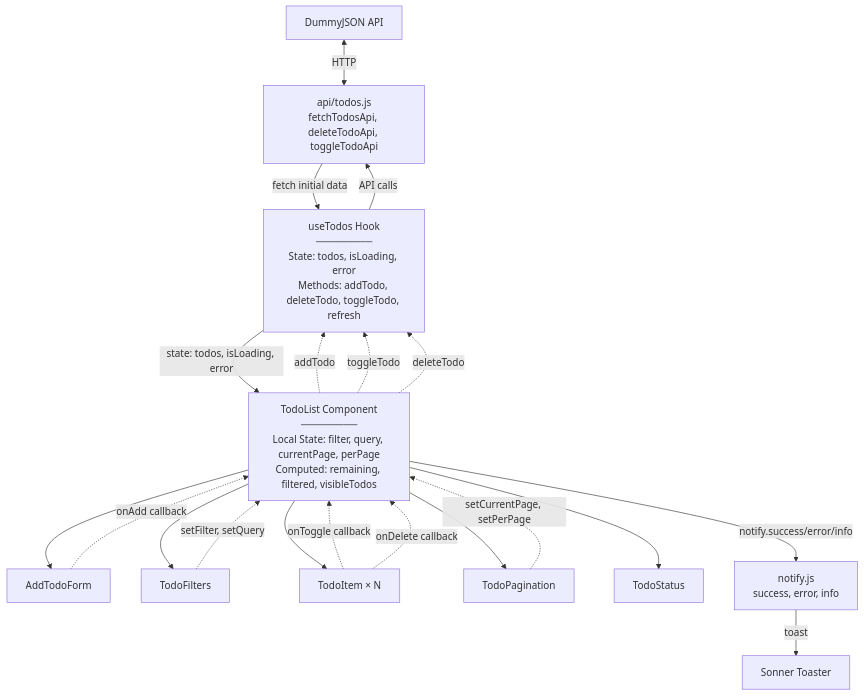
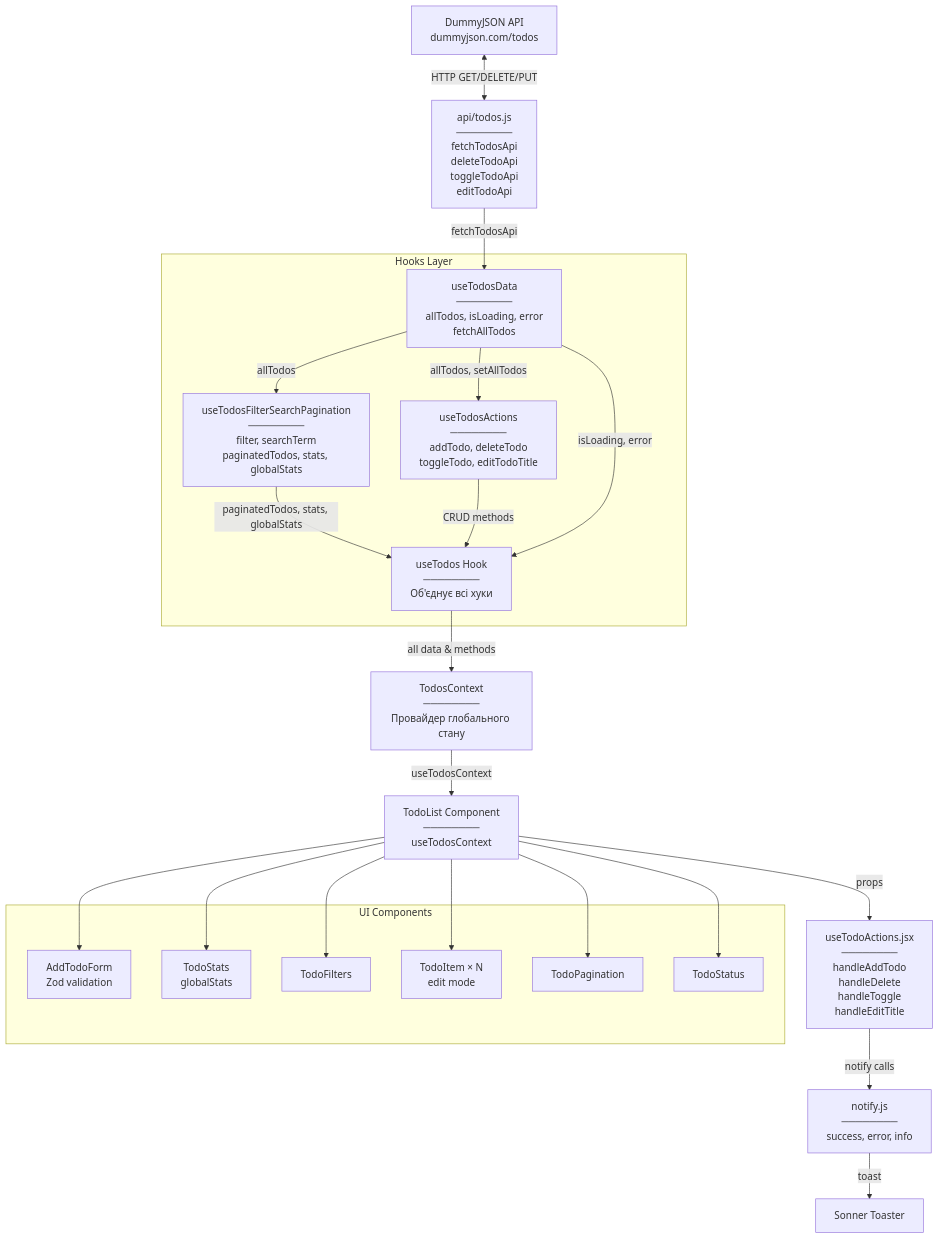
Before and after one commit to Hyptofon/todo_list: the second of 2 diagrams in lab4/README.md, drawn with Mermaid. The commit also changed other lines of this file and 38 other files, not shown here.

````diff
--- a/lab4/README.md
+++ b/lab4/README.md
@@ -90,46 +127,87 @@
 ```mermaid
 flowchart TB
-    DummyJSON[DummyJSON API]
-    TodosAPI[api/todos.js<br/>fetchTodosApi, deleteTodoApi, toggleTodoApi]
+    DummyJSON[DummyJSON API
+dummyjson.com/todos]
+    TodosAPI[api/todos.js
+────────
+fetchTodosApi
+deleteTodoApi
+toggleTodoApi
+editTodoApi]
     
-    useTodos[useTodos Hook<br/>────────<br/>State: todos, isLoading, error<br/>Methods: addTodo, deleteTodo, toggleTodo, refresh]
+    subgraph Hooks Layer
+        useTodosData[useTodosData
+────────
+allTodos, isLoading, error
+fetchAllTodos]
+        useTodosFilterSearchPagination[useTodosFilterSearchPagination
+────────
+filter, searchTerm
+paginatedTodos, stats, globalStats]
+        useTodosActions[useTodosActions
+────────
+addTodo, deleteTodo
+toggleTodo, editTodoTitle]
+        useTodos[useTodos Hook
+────────
+Об'єднує всі хуки]
+    end
     
-    TodoList[TodoList Component<br/>────────<br/>Local State: filter, query, currentPage, perPage<br/>Computed: remaining, filtered, visibleTodos]
+    TodosContext[TodosContext
+────────
+Провайдер глобального стану]
     
-    AddForm[AddTodoForm]
-    Filters[TodoFilters]
-    Items[TodoItem × N]
-    Pagination[TodoPagination]
-    Status[TodoStatus]
+    TodoList[TodoList Component
+────────
+useTodosContext]
     
-    NotifyUtil[notify.js<br/>success, error, info]
+    subgraph UI Components
+        AddForm[AddTodoForm
+Zod validation]
+        TodoStats[TodoStats
+globalStats]
+        Filters[TodoFilters]
+        Items[TodoItem × N
+edit mode]
+        Pagination[TodoPagination]
+        Status[TodoStatus]
+    end
+    
+    useTodoActions[useTodoActions.jsx
+────────
+handleAddTodo
+handleDelete
+handleToggle
+handleEditTitle]
+    
+    NotifyUtil[notify.js
+────────
+success, error, info]
     Sonner[Sonner Toaster]
     
-    DummyJSON <-->|HTTP| TodosAPI
-    TodosAPI -->|fetch initial data| useTodos
-    useTodos -->|API calls| TodosAPI
+    DummyJSON <-->|HTTP GET/DELETE/PUT| TodosAPI
     
-    useTodos -->|state: todos, isLoading, error| TodoList
+    TodosAPI -->|fetchTodosApi| useTodosData
+    useTodosData -->|allTodos| useTodosFilterSearchPagination
+    useTodosData -->|allTodos, setAllTodos| useTodosActions
+    
+    useTodosFilterSearchPagination -->|paginatedTodos, stats, globalStats| useTodos
+    useTodosActions -->|CRUD methods| useTodos
+    useTodosData -->|isLoading, error| useTodos
+    
+    useTodos -->|all data & methods| TodosContext
+    TodosContext -->|useTodosContext| TodoList
     
     TodoList --> AddForm
+    TodoList --> TodoStats
     TodoList --> Filters
     TodoList --> Status
     TodoList --> Items
     TodoList --> Pagination
     
-    AddForm -.->|onAdd callback| TodoList
-    TodoList -.->|addTodo| useTodos
+    TodoList -->|props| useTodoActions
     
-    Items -.->|onToggle callback| TodoList
-    TodoList -.->|toggleTodo| useTodos
-    
-    Items -.->|onDelete callback| TodoList
-    TodoList -.->|deleteTodo| useTodos
-    
-    Filters -.->|setFilter, setQuery| TodoList
-    Pagination -.->|setCurrentPage, setPerPage| TodoList
-    
-    TodoList -->|notify.success/error/info| NotifyUtil
+    useTodoActions -->|notify calls| NotifyUtil
     NotifyUtil -->|toast| Sonner
-    
+
 ```
````
